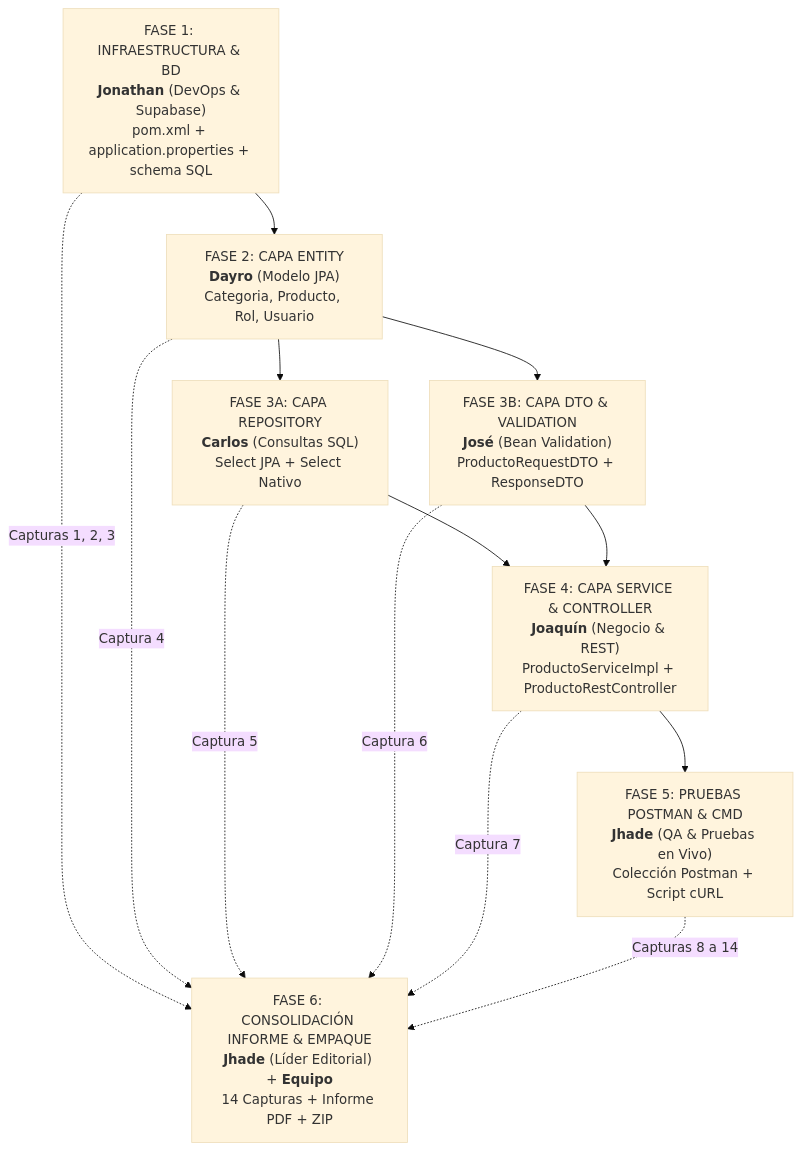
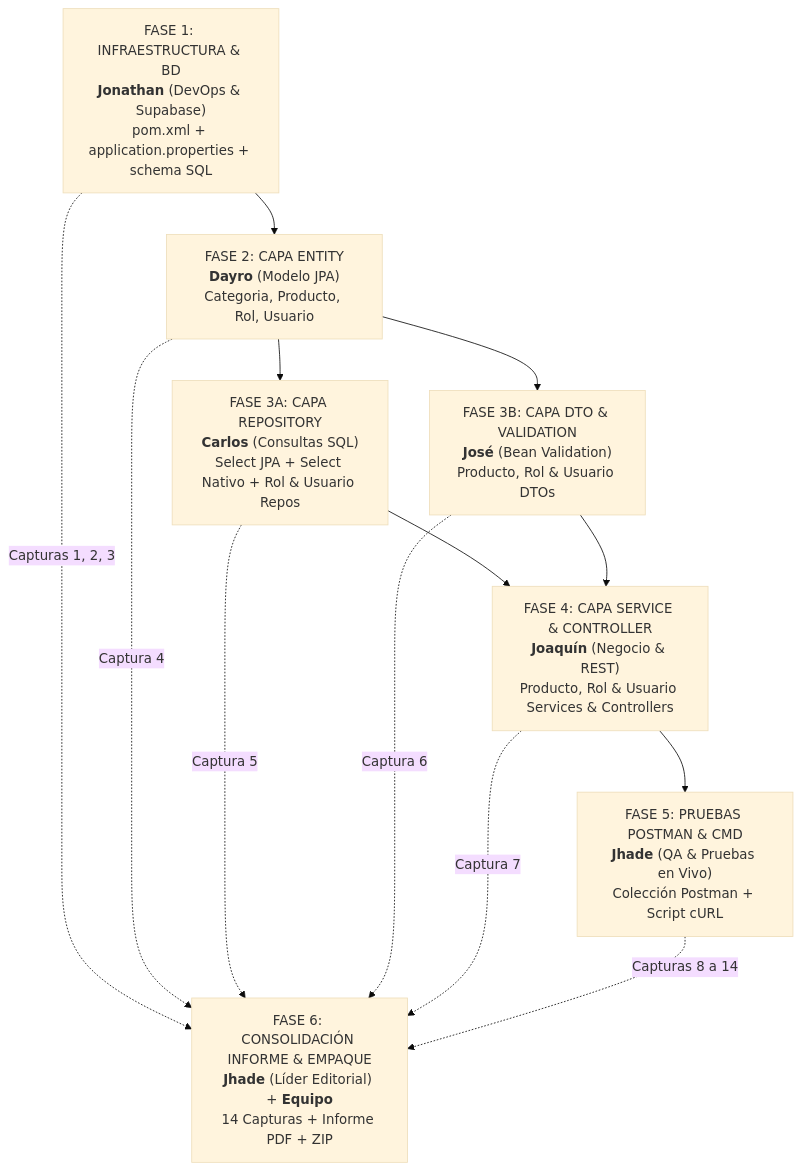
The diagram in PC3_INSTRUCCIONES.md (Jona-9/Overtext-Web), drawn with Mermaid (base theme) before and after one commit. The commit also changed other lines of this file and 7 other files, not shown here.

Commit message:
feat(entity): estandarizar entidades con Lombok y asignar tareas de Rol y Usuario en contratos PC3

````diff
--- a/PC3_INSTRUCCIONES.md
+++ b/PC3_INSTRUCCIONES.md
@@ -88,20 +113,20 @@
 ```mermaid
 flowchart TD
     FASE1["FASE 1: INFRAESTRUCTURA & BD<br><b>Jonathan</b> (DevOps & Supabase)<br>pom.xml + application.properties + schema SQL"]
     --> FASE2["FASE 2: CAPA ENTITY<br><b>Dayro</b> (Modelo JPA)<br>Categoria, Producto, Rol, Usuario"]
     
-    FASE2 --> FASE3A["FASE 3A: CAPA REPOSITORY<br><b>Carlos</b> (Consultas SQL)<br>Select JPA + Select Nativo"]
-    FASE2 --> FASE3B["FASE 3B: CAPA DTO & VALIDATION<br><b>José</b> (Bean Validation)<br>ProductoRequestDTO + ResponseDTO"]
+    FASE2 --> FASE3A["FASE 3A: CAPA REPOSITORY<br><b>Carlos</b> (Consultas SQL)<br>Select JPA + Select Nativo + Rol & Usuario Repos"]
+    FASE2 --> FASE3B["FASE 3B: CAPA DTO & VALIDATION<br><b>José</b> (Bean Validation)<br>Producto, Rol & Usuario DTOs"]
     
-    FASE3A --> FASE4["FASE 4: CAPA SERVICE & CONTROLLER<br><b>Joaquín</b> (Negocio & REST)<br>ProductoServiceImpl + ProductoRestController"]
+    FASE3A --> FASE4["FASE 4: CAPA SERVICE & CONTROLLER<br><b>Joaquín</b> (Negocio & REST)<br>Producto, Rol & Usuario Services & Controllers"]
     FASE3B --> FASE4
     
     FASE4 --> FASE5["FASE 5: PRUEBAS POSTMAN & CMD<br><b>Jhade</b> (QA & Pruebas en Vivo)<br>Colección Postman + Script cURL"]
     
     FASE1 -.->|Capturas 1, 2, 3| FASE6["FASE 6: CONSOLIDACIÓN INFORME & EMPAQUE<br><b>Jhade</b> (Líder Editorial) + <b>Equipo</b><br>14 Capturas + Informe PDF + ZIP"]
     FASE2 -.->|Captura 4| FASE6
     FASE3A -.->|Captura 5| FASE6
     FASE3B -.->|Captura 6| FASE6
     FASE4 -.->|Captura 7| FASE6
     FASE5 -.->|Capturas 8 a 14| FASE6
 ```
````
